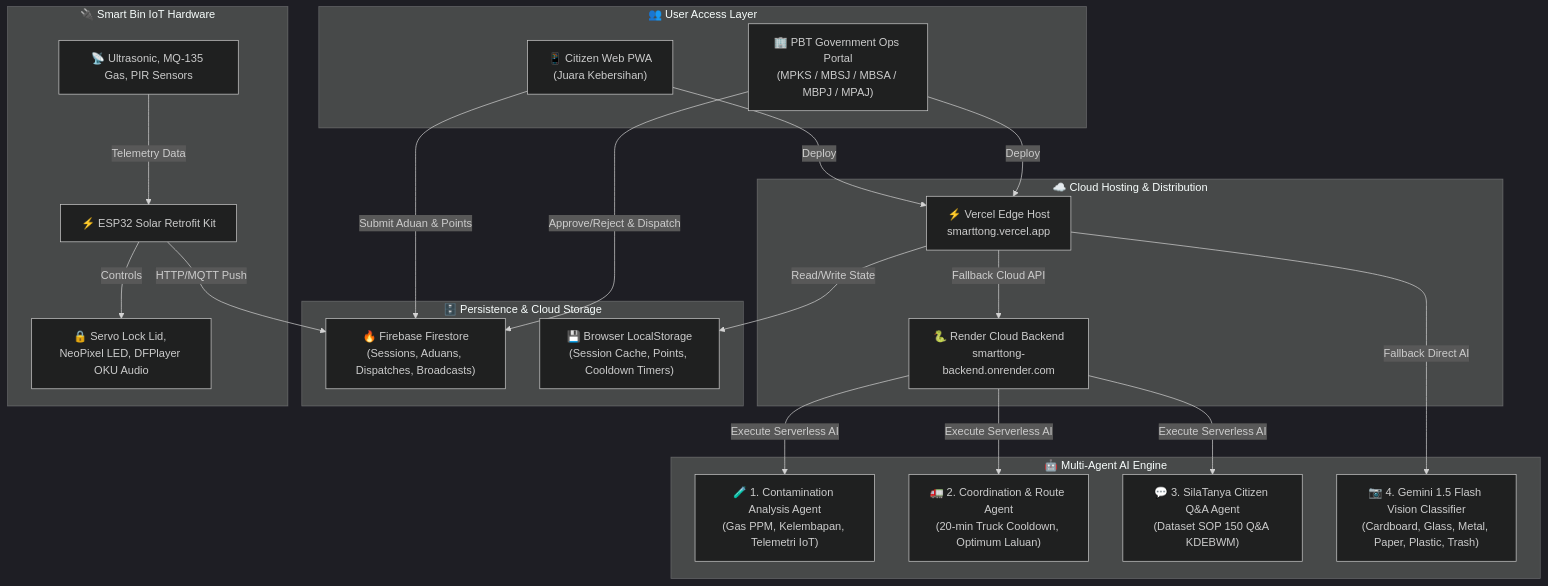
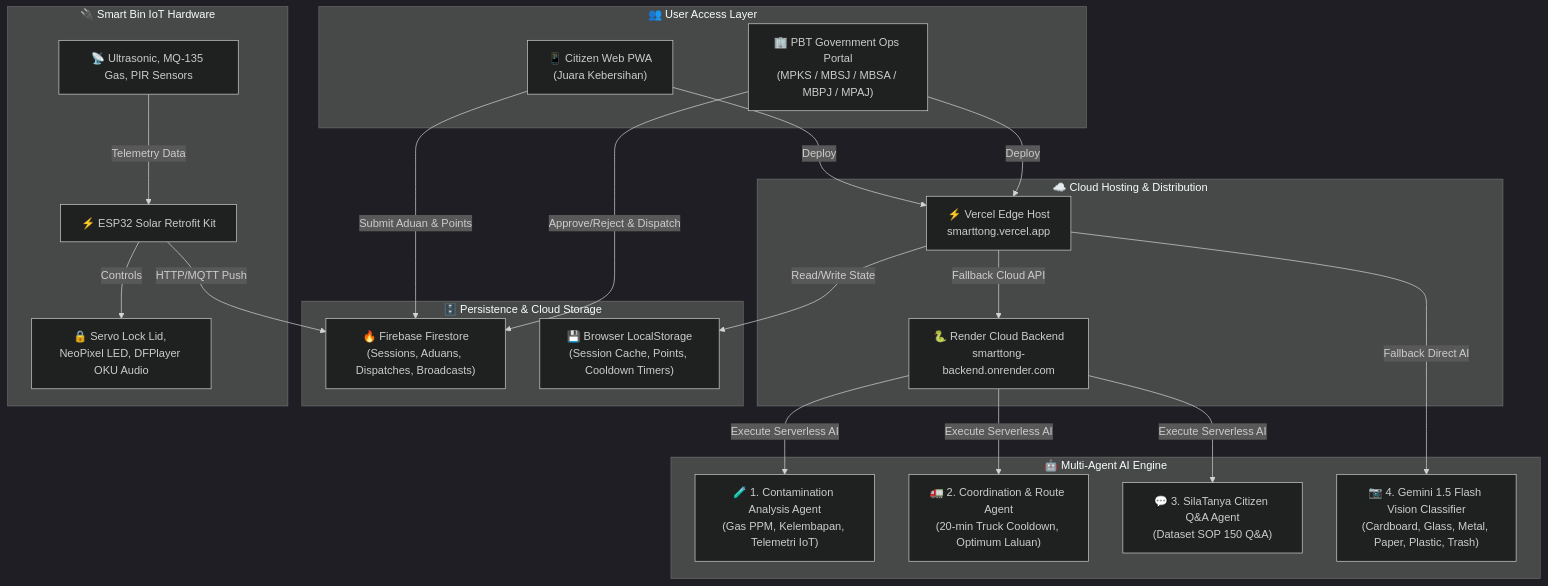
One commit to yapyap06/smarttong changed the diagram in README.md. Above: the diagram before and after it, drawn with Mermaid (dark theme). The commit also changed other lines of this file, not shown here.

````diff
--- a/README.md
+++ b/README.md
@@ -15,48 +14,48 @@
 ```mermaid
 flowchart TD
     subgraph Users ["👥 User Access Layer"]
         CitizenApp["📱 Citizen Web PWA<br/>(Juara Kebersihan)"]
         GovPortal["🏢 PBT Government Ops Portal<br/>(MPKS / MBSJ / MBSA / MBPJ / MPAJ)"]
     end
 
     subgraph Hosting ["☁️ Cloud Hosting & Distribution"]
         Vercel["⚡ Vercel Edge Host<br/>smarttong.vercel.app"]
         Render["🐍 Render Cloud Backend<br/>smarttong-backend.onrender.com"]
     end
 
     subgraph MultiAgentSystem ["🤖 Multi-Agent AI Engine"]
         Agent1["🧪 1. Contamination Analysis Agent<br/>(Gas PPM, Kelembapan, Telemetri IoT)"]
         Agent2["🚛 2. Coordination & Route Agent<br/>(20-min Truck Cooldown, Optimum Laluan)"]
-        Agent3["💬 3. SilaTanya Citizen Q&A Agent<br/>(Dataset SOP 150 Q&A KDEBWM)"]
+        Agent3["💬 3. SilaTanya Citizen Q&A Agent<br/>(Dataset SOP 150 Q&A)"]
         Agent4["📷 4. Gemini 1.5 Flash Vision Classifier<br/>(Cardboard, Glass, Metal, Paper, Plastic, Trash)"]
     end
 
     subgraph DataLayer ["🗄️ Persistence & Cloud Storage"]
         Firebase["🔥 Firebase Firestore<br/>(Sessions, Aduans, Dispatches, Broadcasts)"]
         LocalStorage["💾 Browser LocalStorage<br/>(Session Cache, Points, Cooldown Timers)"]
     end
 
     subgraph IoTLayer ["🔌 Smart Bin IoT Hardware"]
         ESP32["⚡ ESP32 Solar Retrofit Kit"]
         Sensors["📡 Ultrasonic, MQ-135 Gas, PIR Sensors"]
         Actuators["🔒 Servo Lock Lid, NeoPixel LED, DFPlayer OKU Audio"]
     end
 
     CitizenApp -->|Deploy| Vercel
     GovPortal -->|Deploy| Vercel
 
     Vercel -->|Fallback Cloud API| Render
     Vercel -->|Fallback Direct AI| Agent4
     Vercel -->|Read/Write State| LocalStorage
 
     Render -->|Execute Serverless AI| Agent1
     Render -->|Execute Serverless AI| Agent2
     Render -->|Execute Serverless AI| Agent3
 
     CitizenApp -->|Submit Aduan & Points| Firebase
     GovPortal -->|Approve/Reject & Dispatch| Firebase
 
     Sensors -->|Telemetry Data| ESP32
     ESP32 -->|HTTP/MQTT Push| Firebase
     ESP32 -->|Controls| Actuators
 ```
````
